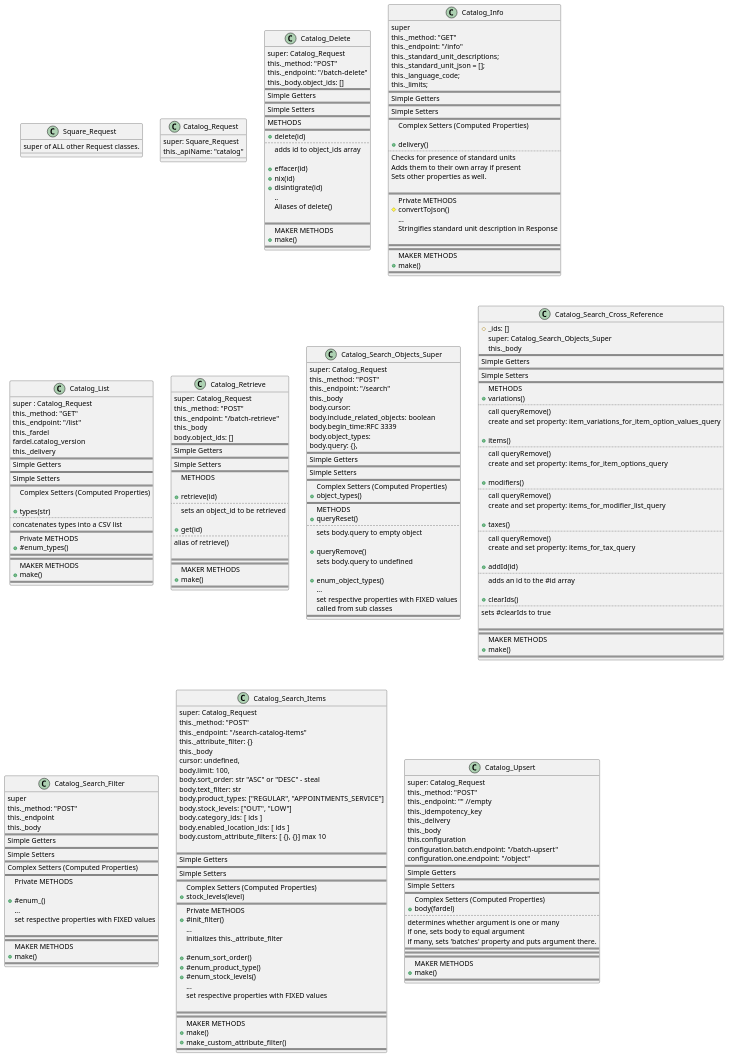
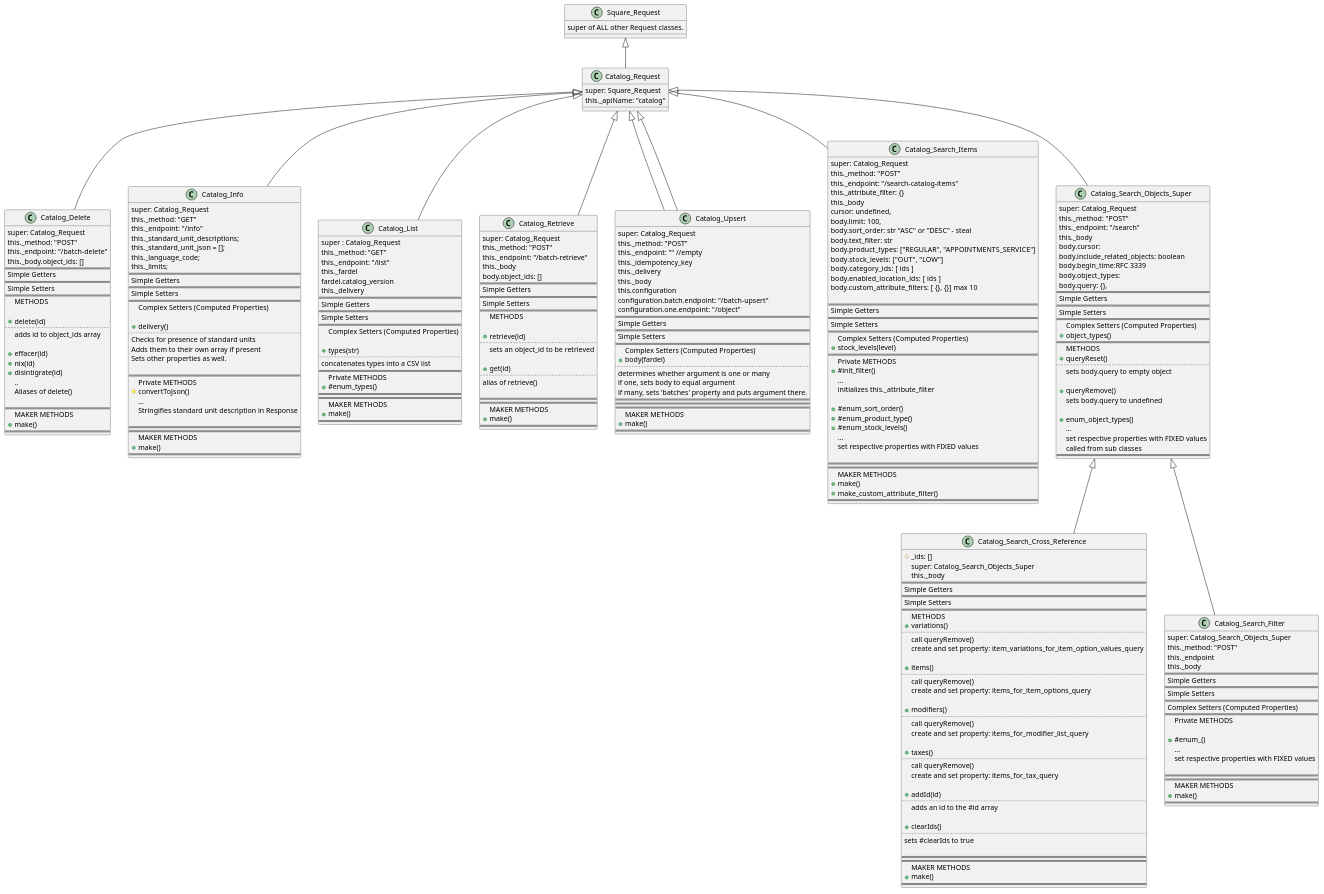
One commit to TwoFistedJustice/square-pie changed the diagram in docs/uml/catalog_request_pie.puml. Above: the diagram before and after it, drawn with PlantUML.

Commit message:
docs: diagram class relationships

```diff
--- a/docs/uml/catalog_request_pie.puml
+++ b/docs/uml/catalog_request_pie.puml
@@ -1,5 +1,16 @@
 @startuml
 'https://plantuml.com/sequence-diagram
+Square_Request <|-- Catalog_Request
+Catalog_Request <|-- Catalog_Delete
+Catalog_Request <|-- Catalog_Info
+Catalog_Request <|-- Catalog_List
+Catalog_Request <|-- Catalog_Retrieve
+Catalog_Request <|-- Catalog_Upsert
+Catalog_Request <|-- Catalog_Search_Items
+Catalog_Request <|-- Catalog_Upsert
+Catalog_Request <|-- Catalog_Search_Objects_Super
+Catalog_Search_Objects_Super <|-- Catalog_Search_Cross_Reference
+Catalog_Search_Objects_Super <|-- Catalog_Search_Filter
 
 class Square_Request{
 super of ALL other Request classes.
@@ -21,7 +32,7 @@
 Simple Setters
 ==
 METHODS
-==
+
 +delete(id)
 ..
 adds id to object_ids array
@@ -39,7 +50,7 @@
 }
 
 class Catalog_Info {
-super
+super: Catalog_Request
 this._method: "GET"
 this._endpoint: "/info"
 this._standard_unit_descriptions;
@@ -128,6 +139,85 @@
 ==
 }
 
+class Catalog_Search_Items{
+super: Catalog_Request
+this._method: "POST"
+this._endpoint: "/search-catalog-items"
+this._attribute_filter: {}
+this._body
+cursor: undefined,
+body.limit: 100,
+body.sort_order: str "ASC" or "DESC" - steal
+body.text_filter: str
+body.product_types:  ["REGULAR", "APPOINTMENTS_SERVICE"]
+body.stock_levels:  ["OUT", "LOW"]
+body.category_ids:  [ ids ]
+body.enabled_location_ids:  [ ids ]
+body.custom_attribute_filters: [ {}, {}] max 10
+
+==
+Simple Getters
+==
+Simple Setters
+==
+Complex Setters (Computed Properties)
++ stock_levels(level)
+==
+Private METHODS
++#init_filter()
+...
+initializes this._attribute_filter
+
++#enum_sort_order()
++#enum_product_type()
++#enum_stock_levels()
+...
+set respective properties with FIXED values
+
+==
+==
+MAKER METHODS
++ make()
++ make_custom_attribute_filter()
+==
+}
+
+
+
+class Catalog_Upsert {
+super: Catalog_Request
+this._method: "POST"
+this._endpoint: "" //empty
+this._idempotency_key
+this._delivery
+this._body
+this.configuration
+configuration.batch.endpoint: "/batch-upsert"
+configuration.one.endpoint: "/object"
+==
+Simple Getters
+==
+Simple Setters
+==
+Complex Setters (Computed Properties)
++body(fardel)
+..
+determines whether argument is one or many
+if one, sets body to equal argument
+if many, sets 'batches' property and puts argument there.
+==
+==
+==
+MAKER METHODS
++ make()
+==
+}
+
+
+
+
+
+
 
 class Catalog_Search_Objects_Super {
 super: Catalog_Request
@@ -208,8 +298,8 @@
 }
 
 
-class Catalog_Search_Filter{
-super
+class Catalog_Search_Filter {
+super: Catalog_Search_Objects_Super
 this._method: "POST"
 this._endpoint
 this._body
@@ -234,84 +324,4 @@
 }
 
 
-
-
-class Catalog_Search_Items{
-super: Catalog_Request
-this._method: "POST"
-this._endpoint: "/search-catalog-items"
-this._attribute_filter: {}
-this._body
-cursor: undefined,
-body.limit: 100,
-body.sort_order: str "ASC" or "DESC" - steal
-body.text_filter: str
-body.product_types:  ["REGULAR", "APPOINTMENTS_SERVICE"]
-body.stock_levels:  ["OUT", "LOW"]
-body.category_ids:  [ ids ]
-body.enabled_location_ids:  [ ids ]
-body.custom_attribute_filters: [ {}, {}] max 10
-
-==
-Simple Getters
-==
-Simple Setters
-==
-Complex Setters (Computed Properties)
-+ stock_levels(level)
-==
-Private METHODS
-+#init_filter()
-...
-initializes this._attribute_filter
-
-+#enum_sort_order()
-+#enum_product_type()
-+#enum_stock_levels()
-...
-set respective properties with FIXED values
-
-==
-==
-MAKER METHODS
-+ make()
-+ make_custom_attribute_filter()
-==
-}
-
-
-
-class Catalog_Upsert {
-super: Catalog_Request
-this._method: "POST"
-this._endpoint: "" //empty
-this._idempotency_key
-this._delivery
-this._body
-this.configuration
-configuration.batch.endpoint: "/batch-upsert"
-configuration.one.endpoint: "/object"
-==
-Simple Getters
-==
-Simple Setters
-==
-Complex Setters (Computed Properties)
-+body(fardel)
-..
-determines whether argument is one or many
-if one, sets body to equal argument
-if many, sets 'batches' property and puts argument there.
-==
-==
-==
-MAKER METHODS
-+ make()
-==
-}
-
-
-
-
-
 @enduml
```
